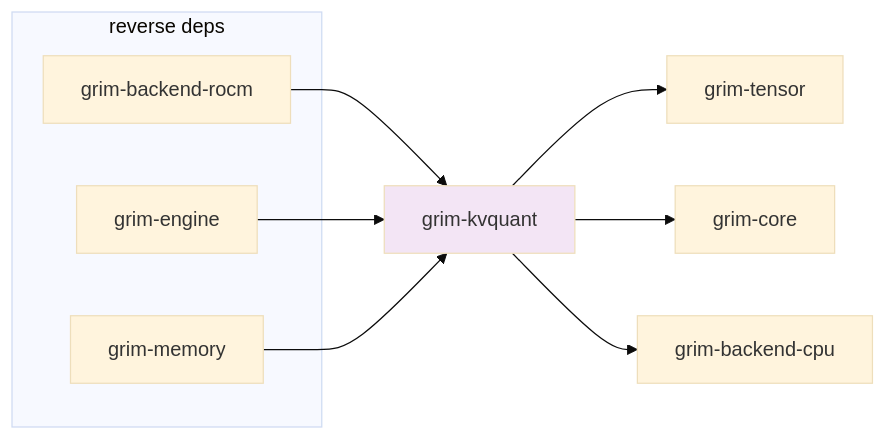
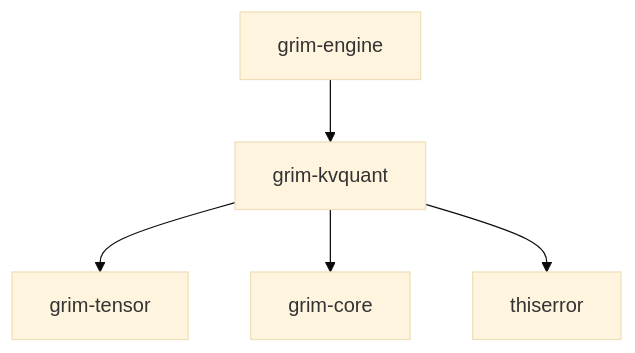
Before and after one commit to sydonayrex/grim: the diagram in crates/grim-kvquant/README.md, drawn with Mermaid (base theme). The commit also changed other lines of this file and 53 other files, not shown here.

````diff
--- a/crates/grim-kvquant/README.md
+++ b/crates/grim-kvquant/README.md
@@ -17,18 +12,9 @@
 ```mermaid
-graph LR
-    A[grim-kvquant] --> B[grim-tensor]
-    A --> C[grim-core]
-    A --> D[grim-backend-cpu]
+graph TD
+    grim-engine --> grim-kvquant
 
-    subgraph "reverse deps"
-        E1[grim-backend-rocm]
-        E2[grim-engine]
-        E3[grim-memory]
-    end
-
-    E1 --> A
-    E2 --> A
-    E3 --> A
-
-    style A fill:#f3e5f5
+    grim-kvquant --> grim-tensor
+    grim-kvquant --> grim-core
+    
+    grim-kvquant --> thiserror
 ```
````
